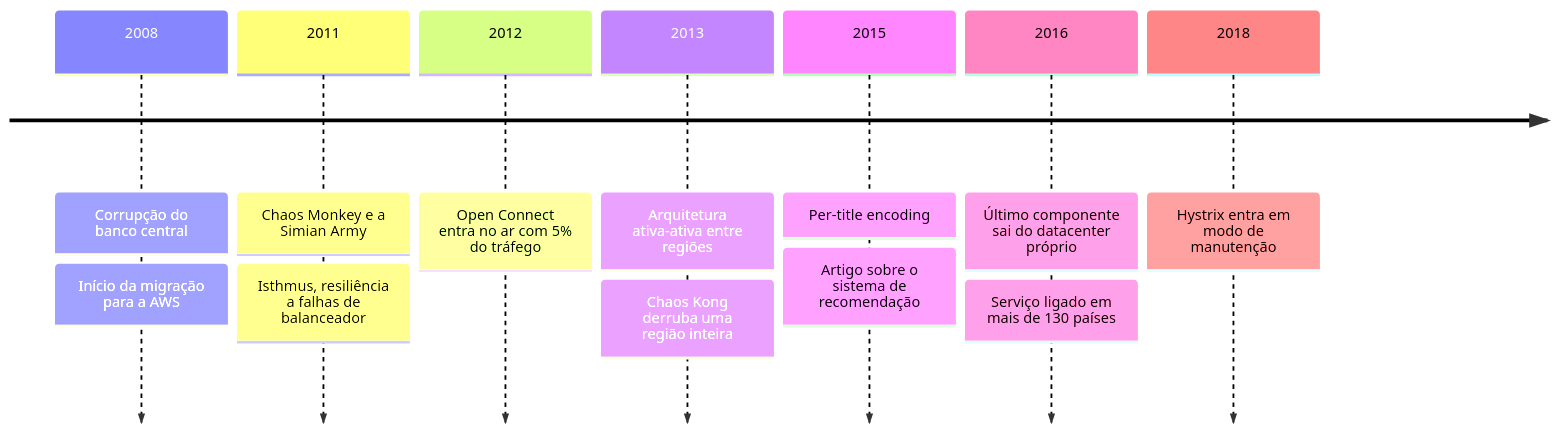
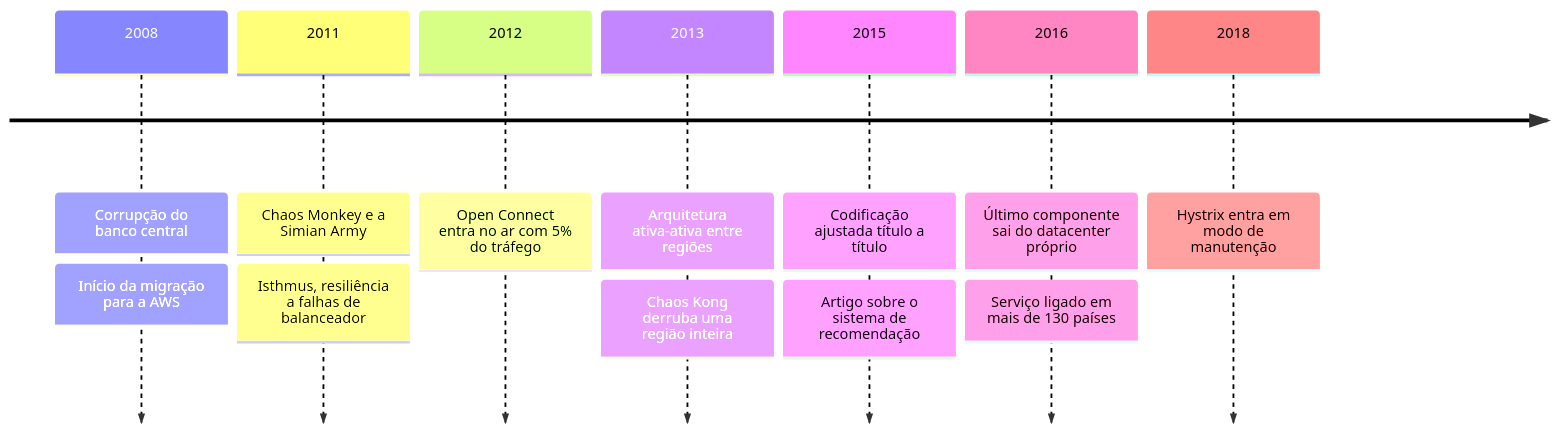
Before and after one commit to marco-mendes/arquitetura-software: the first of 2 diagrams in docs/modulo-3-servicos/casos-reais.md, drawn with Mermaid. The commit also changed other lines of this file and 5 other files, not shown here.

````diff
--- a/docs/modulo-3-servicos/casos-reais.md
+++ b/docs/modulo-3-servicos/casos-reais.md
@@ -25,15 +35,15 @@
 ```mermaid
 timeline
     2008 : Corrupção do banco central
          : Início da migração para a AWS
     2011 : Chaos Monkey e a Simian Army
          : Isthmus, resiliência a falhas de balanceador
     2012 : Open Connect entra no ar com 5% do tráfego
     2013 : Arquitetura ativa-ativa entre regiões
          : Chaos Kong derruba uma região inteira
-    2015 : Per-title encoding
+    2015 : Codificação ajustada título a título
          : Artigo sobre o sistema de recomendação
     2016 : Último componente sai do datacenter próprio
          : Serviço ligado em mais de 130 países
     2018 : Hystrix entra em modo de manutenção
 ```
````
